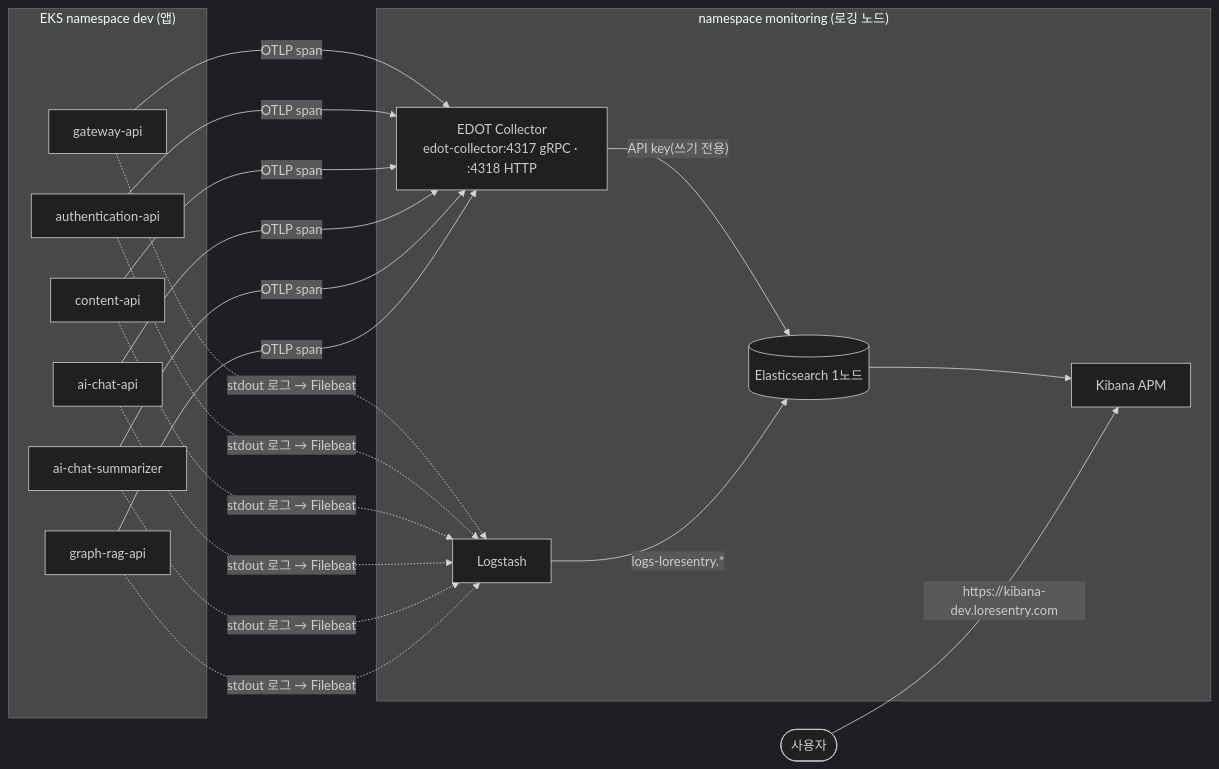
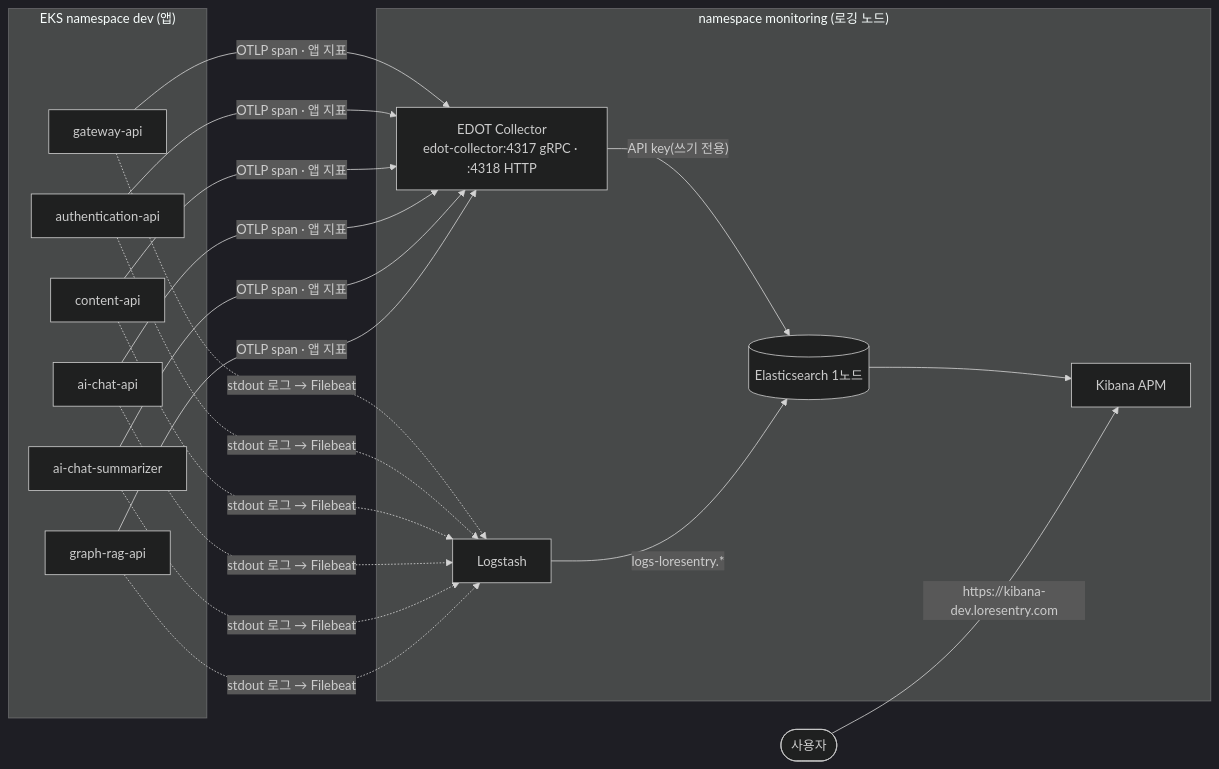
The first of 4 diagrams in APM_ARCHITECTURE.md (soma-lorekeeper/docs), drawn with Mermaid (dark theme) before and after one commit. The commit also changed other lines of this file and 5 other files, not shown here.

````diff
--- a/APM_ARCHITECTURE.md
+++ b/APM_ARCHITECTURE.md
@@ -24,25 +28,25 @@
 ```mermaid
 flowchart LR
   subgraph APPNS["EKS namespace dev (앱)"]
     GW["gateway-api"]
     AUTH["authentication-api"]
     CT["content-api"]
     AC["ai-chat-api"]
     SUM["ai-chat-summarizer"]
     GR["graph-rag-api"]
   end
 
   subgraph MON["namespace monitoring (로깅 노드)"]
     COL["EDOT Collector<br/>edot-collector:4317 gRPC · :4318 HTTP"]
     ES[("Elasticsearch 1노드")]
     KB["Kibana APM"]
     LS["Logstash"]
   end
 
-  GW & AUTH & CT & AC & SUM & GR -- "OTLP span" --> COL
+  GW & AUTH & CT & AC & SUM & GR -- "OTLP span · 앱 지표" --> COL
   COL -- "API key(쓰기 전용)" --> ES
   GW & AUTH & CT & AC & SUM & GR -.->|"stdout 로그 → Filebeat"| LS
   LS -- "logs-loresentry.*" --> ES
   ES --> KB
   USER(["사용자"]) -- "https://kibana-dev.loresentry.com" --> KB
 ```
````
